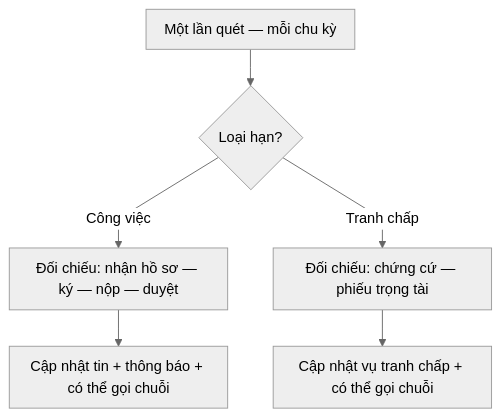
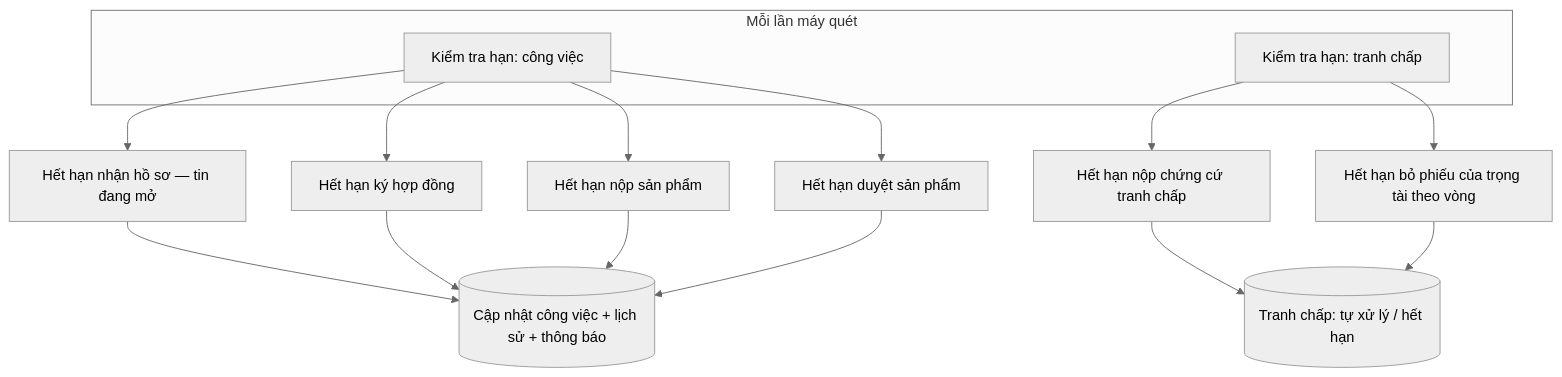
Before and after one commit to dmt041104111003/docs-nckh: the first of 4 diagrams in system.md, drawn with Mermaid (neutral theme). The commit also changed other lines of this file and 7 other files, not shown here.

````diff
--- a/system.md
+++ b/system.md
@@ -13,9 +11,19 @@
 ```mermaid
-%%{init: {"flowchart": {"curve": "linear", "padding": 10, "rankSpacing": 40}}}%%
-flowchart TB
-  Tick[Một lần quét — mỗi chu kỳ] --> Nhanh{Loại hạn?}
-  Nhanh -->|Công việc| CViec[Đối chiếu: nhận hồ sơ — ký — nộp — duyệt]
-  Nhanh -->|Tranh chấp| TC[Đối chiếu: chứng cứ — phiếu trọng tài]
-  CViec --> Out1[Cập nhật tin + thông báo + có thể gọi chuỗi]
-  TC --> Out2[Cập nhật vụ tranh chấp + có thể gọi chuỗi]
+flowchart TD
+  subgraph tick[Mỗi lần máy quét]
+    A[Kiểm tra hạn: công việc]
+    B[Kiểm tra hạn: tranh chấp]
+  end
+  A --> A1[Hết hạn nhận hồ sơ — tin đang mở]
+  A --> A2[Hết hạn ký hợp đồng]
+  A --> A3[Hết hạn nộp sản phẩm]
+  A --> A4[Hết hạn duyệt sản phẩm]
+  B --> B1[Hết hạn nộp chứng cứ tranh chấp]
+  B --> B2[Hết hạn bỏ phiếu của trọng tài theo vòng]
+  A1 --> C[(Cập nhật công việc + lịch sử + thông báo)]
+  A2 --> C
+  A3 --> C
+  A4 --> C
+  B1 --> D[(Tranh chấp: tự xử lý / hết hạn)]
+  B2 --> D
 ```
````
